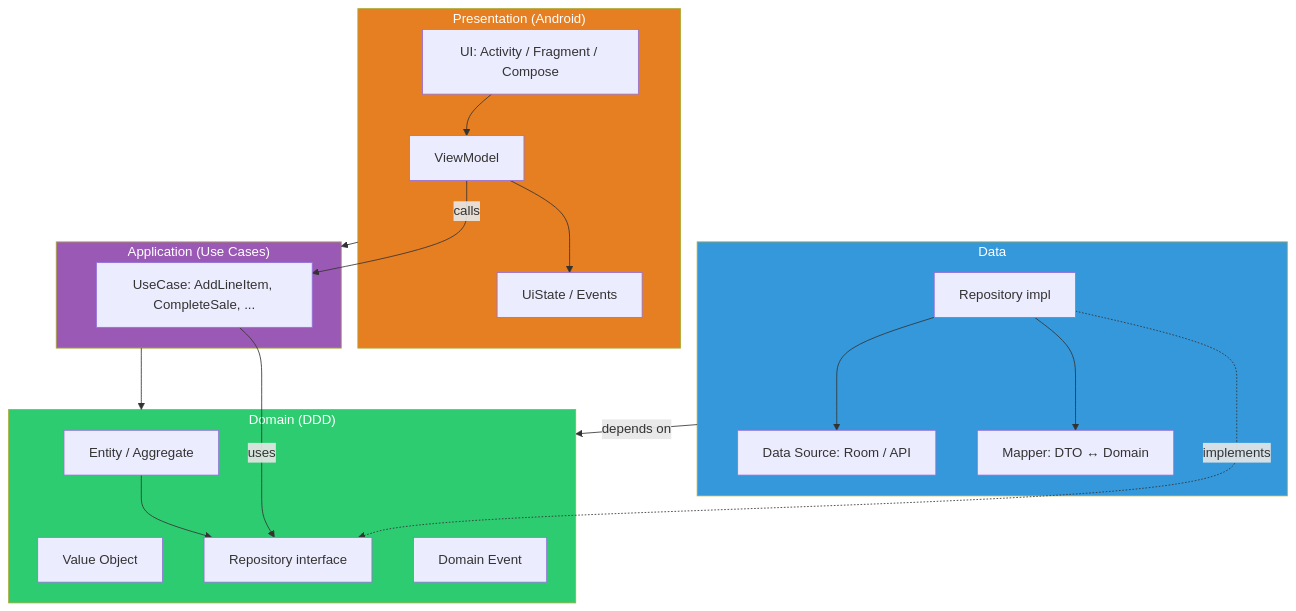
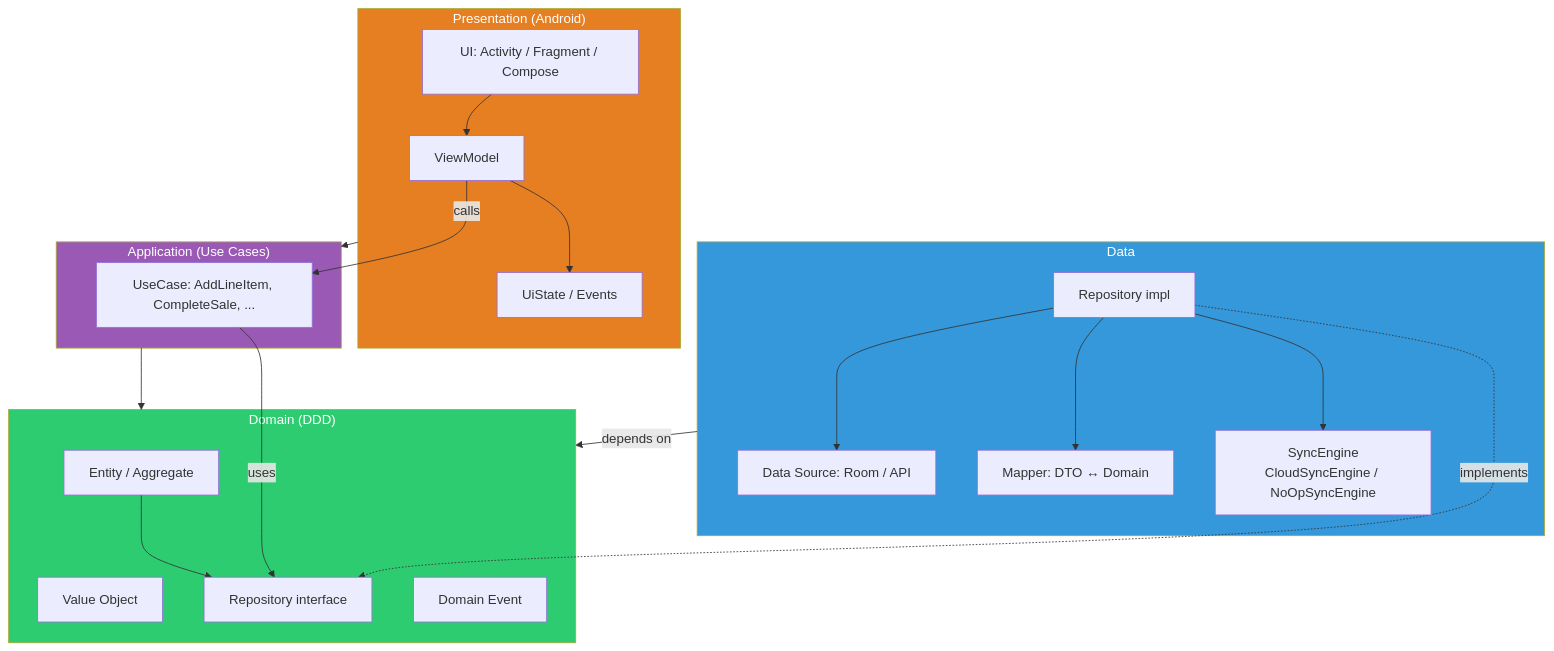
Before and after one commit to vatoer/id.stargan.intikasirfnb: the diagram in docs/diagrams/android-01-clean-architecture-layers.mmd, drawn with Mermaid. The commit also changed 199 other files, not shown here.

```diff
--- a/docs/diagrams/android-01-clean-architecture-layers.mmd
+++ b/docs/diagrams/android-01-clean-architecture-layers.mmd
@@ -1,42 +1,44 @@
 %% Clean Architecture layers - Android PoS - Dependency rule: inward to Domain
 
 flowchart TB
     subgraph Presentation["Presentation (Android)"]
         UI[UI: Activity / Fragment / Compose]
         VM[ViewModel]
         State[UiState / Events]
         UI --> VM
         VM --> State
     end
 
     subgraph Application["Application (Use Cases)"]
         UC[UseCase: AddLineItem, CompleteSale, ...]
     end
 
     subgraph Domain["Domain (DDD)"]
         Entity[Entity / Aggregate]
         VO[Value Object]
         RepoIf[Repository interface]
         Event[Domain Event]
         Entity --> RepoIf
     end
 
     subgraph Data["Data"]
         RepoImpl[Repository impl]
         DS[Data Source: Room / API]
         Mapper[Mapper: DTO ↔ Domain]
+        SE[SyncEngine<br/>CloudSyncEngine / NoOpSyncEngine]
         RepoImpl --> DS
         RepoImpl --> Mapper
+        RepoImpl --> SE
     end
 
     VM -->|calls| UC
     UC -->|uses| RepoIf
     RepoImpl -.->|implements| RepoIf
     Data -->|depends on| Domain
     Application --> Domain
     Presentation --> Application
 
     style Domain fill:#2ecc71,color:#fff
     style Data fill:#3498db,color:#fff
     style Application fill:#9b59b6,color:#fff
     style Presentation fill:#e67e22,color:#fff
```
